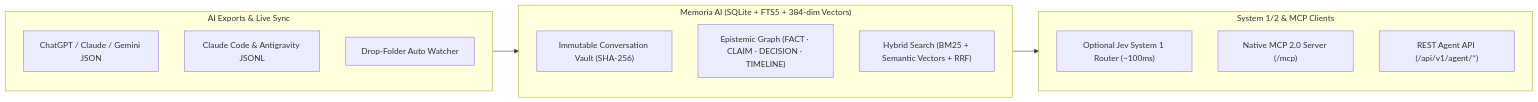
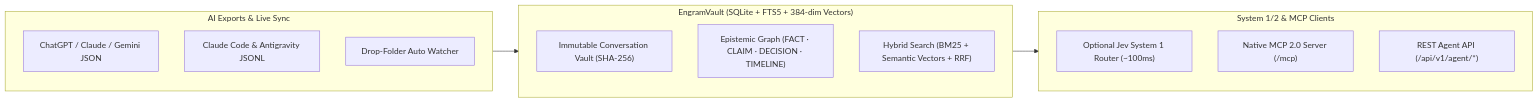
Before and after one commit to gaskb/engramvault: the diagram in README.md, drawn with Mermaid. The commit also changed other lines of this file and 168 other files, not shown here.

````diff
--- a/README.md
+++ b/README.md
@@ -20,19 +21,19 @@
 ```mermaid
 flowchart LR
     subgraph Sources["AI Exports & Live Sync"]
         A1["ChatGPT / Claude / Gemini JSON"]
         A2["Claude Code & Antigravity JSONL"]
         A3["Drop-Folder Auto Watcher"]
     end
-    subgraph Vault["Memoria AI (SQLite + FTS5 + 384-dim Vectors)"]
+    subgraph Vault["EngramVault (SQLite + FTS5 + 384-dim Vectors)"]
         B1["Immutable Conversation Vault (SHA-256)"]
         B2["Epistemic Graph (FACT · CLAIM · DECISION · TIMELINE)"]
         B3["Hybrid Search (BM25 + Semantic Vectors + RRF)"]
     end
     subgraph Agents["System 1/2 & MCP Clients"]
         C1["Optional Jev System 1 Router (~100ms)"]
         C2["Native MCP 2.0 Server (/mcp)"]
         C3["REST Agent API (/api/v1/agent/*)"]
     end
     Sources --> Vault --> Agents
 ```
````
